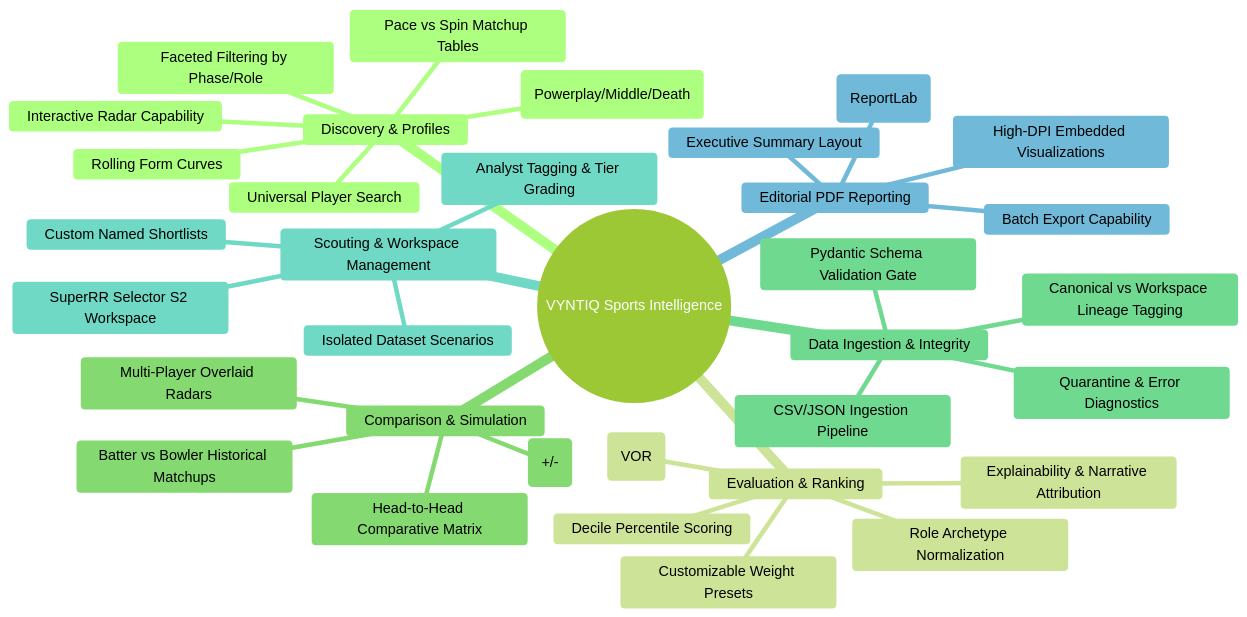
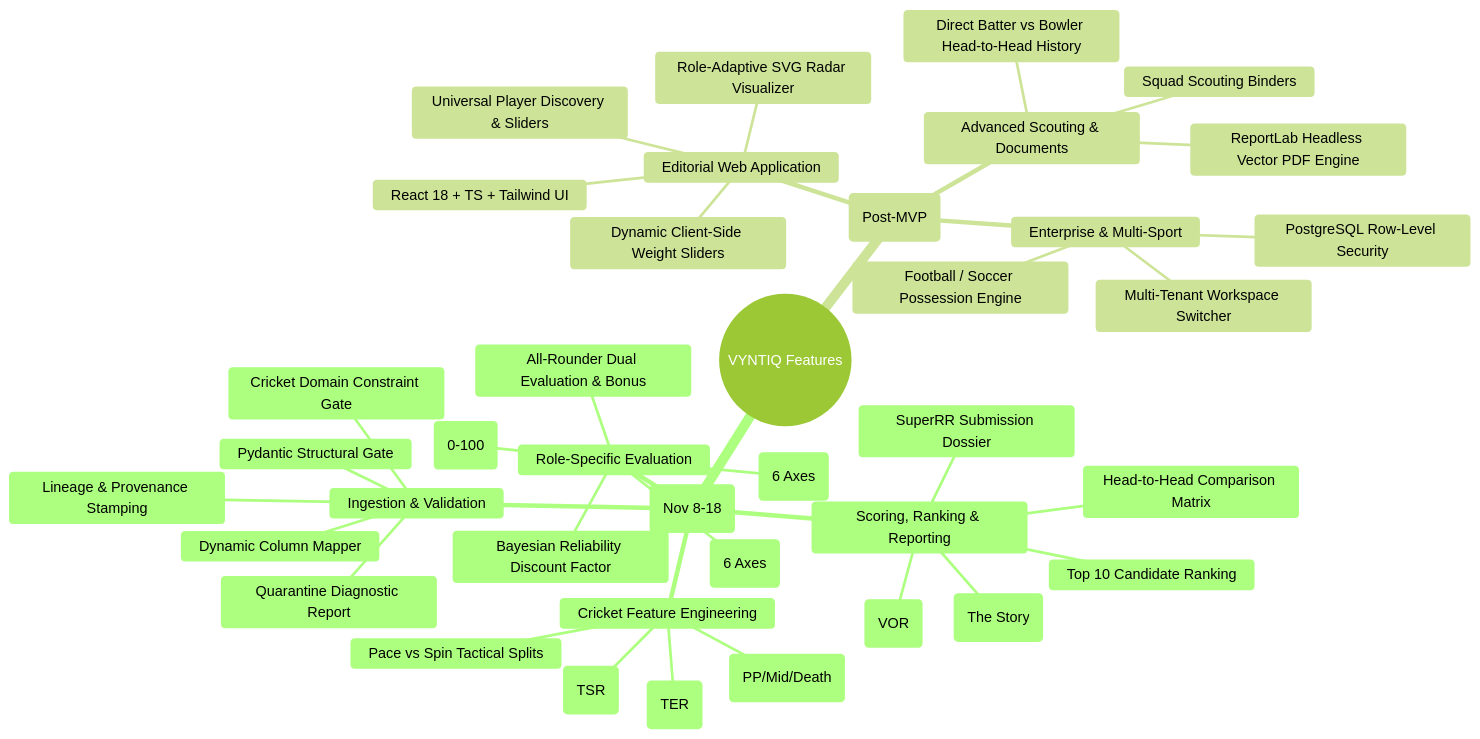
Before and after one commit to yaashrane/VYNTIQ-Sports-Intelligence: the diagram in docs/FEATURE_MAP.md, drawn with Mermaid (forest theme). The commit also changed other lines of this file and 9 other files, not shown here.

Commit message:
docs: complete rigorous architecture review and competition MVP alignment

````diff
--- a/docs/FEATURE_MAP.md
+++ b/docs/FEATURE_MAP.md
@@ -11,37 +11,42 @@
 ```mermaid
 mindmap
-  root((VYNTIQ Sports Intelligence))
-    Discovery & Profiles
-      Universal Player Search
-      Faceted Filtering by Phase/Role
-      Interactive Radar Capability
-      Phase-of-Play Splits (Powerplay/Middle/Death)
-      Pace vs Spin Matchup Tables
-      Rolling Form Curves
-    Evaluation & Ranking
-      VYNTIQ Overall Rating (VOR)
-      Customizable Weight Presets
-      Role Archetype Normalization
-      Decile Percentile Scoring
-      Explainability & Narrative Attribution
-    Comparison & Simulation
-      Head-to-Head Comparative Matrix
-      Multi-Player Overlaid Radars
-      Batter vs Bowler Historical Matchups
-      Delta Indicators (+/-)
-    Data Ingestion & Integrity
-      CSV/JSON Ingestion Pipeline
-      Pydantic Schema Validation Gate
-      Quarantine & Error Diagnostics
-      Canonical vs Workspace Lineage Tagging
-    Scouting & Workspace Management
-      Custom Named Shortlists
-      Analyst Tagging & Tier Grading
-      SuperRR Selector S2 Workspace
-      Isolated Dataset Scenarios
-    Editorial PDF Reporting
-      Vector Headless PDF Dossier (ReportLab)
-      Executive Summary Layout
-      High-DPI Embedded Visualizations
-      Batch Export Capability
+  root((VYNTIQ Features))
+    Track A: Competition MVP (Nov 8-18)
+      Ingestion & Validation
+        Dynamic Column Mapper
+        Pydantic Structural Gate
+        Cricket Domain Constraint Gate
+        Quarantine Diagnostic Report
+        Lineage & Provenance Stamping
+      Cricket Feature Engineering
+        Over-Phase Splitting (PP/Mid/Death)
+        True Strike Rate (TSR)
+        True Economy Rate (TER)
+        Pace vs Spin Tactical Splits
+      Role-Specific Evaluation
+        Batting Dimensions (6 Axes)
+        Bowling Dimensions (6 Axes)
+        All-Rounder Dual Evaluation & Bonus
+        ECDF Percentile Scaling (0-100)
+        Bayesian Reliability Discount Factor
+      Scoring, Ranking & Reporting
+        VYNTIQ Overall Rating (VOR)
+        Explainability Cards ("The Story")
+        Top 10 Candidate Ranking
+        Head-to-Head Comparison Matrix
+        SuperRR Submission Dossier
+    Track B: Full Platform (Post-MVP)
+      Editorial Web Application
+        React 18 + TS + Tailwind UI
+        Universal Player Discovery & Sliders
+        Role-Adaptive SVG Radar Visualizer
+        Dynamic Client-Side Weight Sliders
+      Advanced Scouting & Documents
+        ReportLab Headless Vector PDF Engine
+        Squad Scouting Binders
+        Direct Batter vs Bowler Head-to-Head History
+      Enterprise & Multi-Sport
+        PostgreSQL Row-Level Security
+        Multi-Tenant Workspace Switcher
+        Football / Soccer Possession Engine
 ```
````
